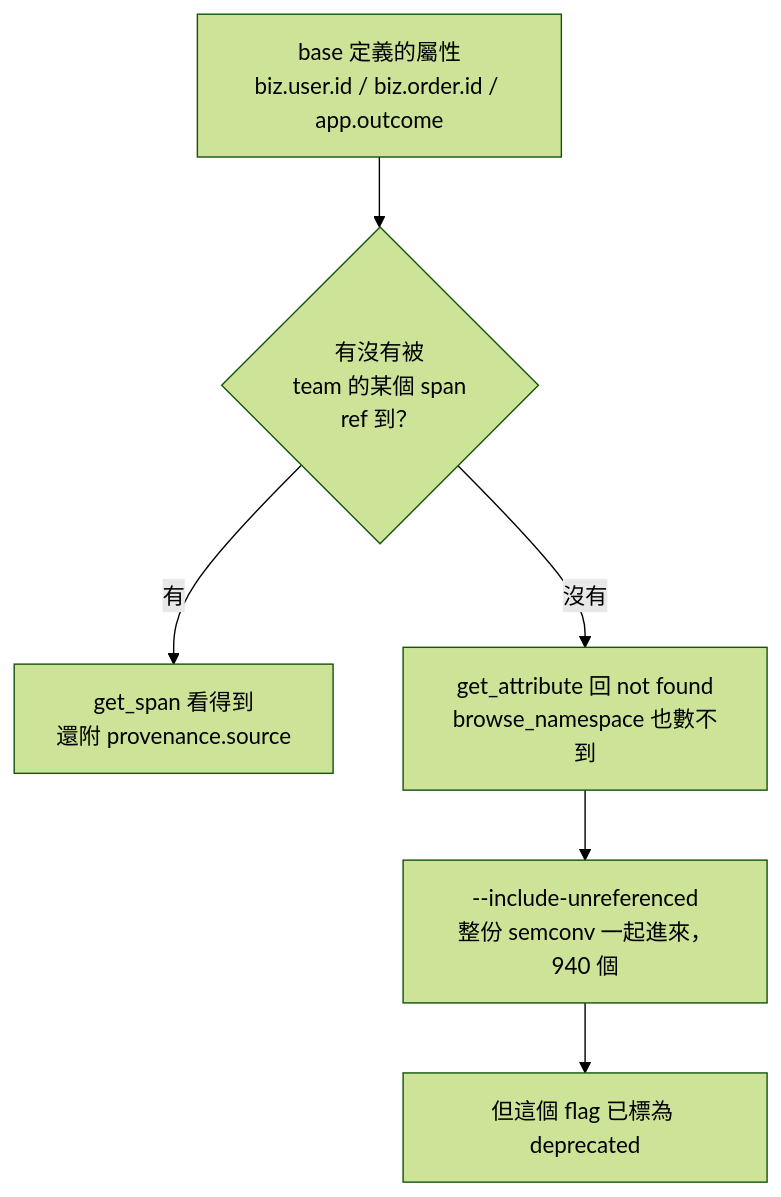
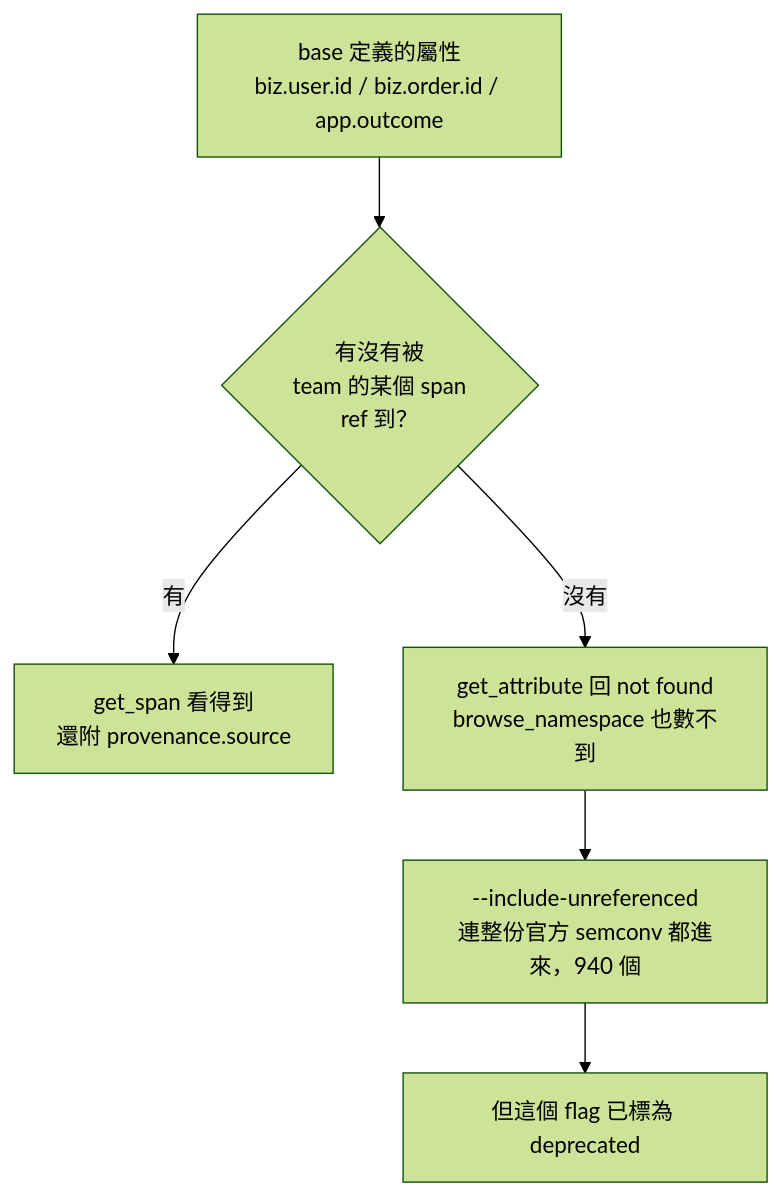
Before and after one commit to tedmax100/o11y-bench: the second of 3 diagrams in weaver-demo/ironman-2026/day10.md, drawn with Mermaid (forest theme). The commit also changed other lines of this file and 6 other files, not shown here.

````diff
--- a/weaver-demo/ironman-2026/day10.md
+++ b/weaver-demo/ironman-2026/day10.md
@@ -166,8 +179,8 @@
 ```mermaid
 flowchart TB
     B["base 定義的屬性<br/>biz.user.id / biz.order.id / app.outcome"] --> Q{"有沒有被<br/>team 的某個 span<br/>ref 到？"}
     Q -->|"有"| Y["get_span 看得到<br/>還附 provenance.source"]
     Q -->|"沒有"| N["get_attribute 回 not found<br/>browse_namespace 也數不到"]
-    N --> F["--include-unreferenced<br/>整份 semconv 一起進來，940 個"]
+    N --> F["--include-unreferenced<br/>連整份官方 semconv 都進來，940 個"]
     F --> D["但這個 flag 已標為 deprecated"]
 ```
````
